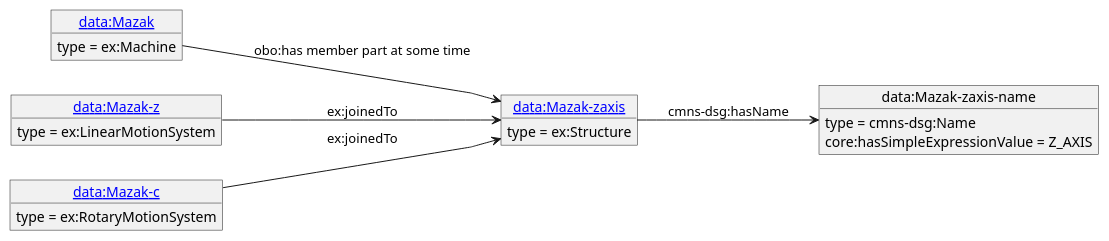
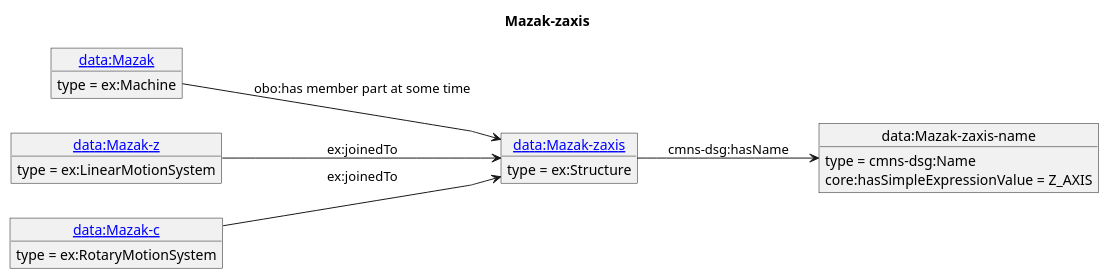
The diagram in diagrams/Mazak-zaxis.puml (iofoundry/example-syseng-mtconnect), drawn with PlantUML before and after one commit. The commit also changed 140 other files, not shown here.

```diff
--- a/diagrams/Mazak-zaxis.puml
+++ b/diagrams/Mazak-zaxis.puml
@@ -1,24 +1,25 @@
 @startuml
 skinparam linetype polyline
 left to right direction
+title Mazak-zaxis
 object "[[./Mazak-zaxis.html data:Mazak-zaxis]]" as o1 {
  type = ex:Structure
  }
 object "data:Mazak-zaxis-name" as o2 {
  type = cmns-dsg:Name
  }
 object "[[./Mazak.html data:Mazak]]" as o3 {
  type = ex:Machine
  }
 object "[[./Mazak-z.html data:Mazak-z]]" as o4 {
  type = ex:LinearMotionSystem
  }
 object "[[./Mazak-c.html data:Mazak-c]]" as o5 {
  type = ex:RotaryMotionSystem
  }
 o1 --> o2 : cmns-dsg:hasName
 o2 : core:hasSimpleExpressionValue = Z_AXIS
 o3 --> o1 : obo:has member part at some time
 o4 --> o1 : ex:joinedTo
 o5 --> o1 : ex:joinedTo
 @enduml
```
